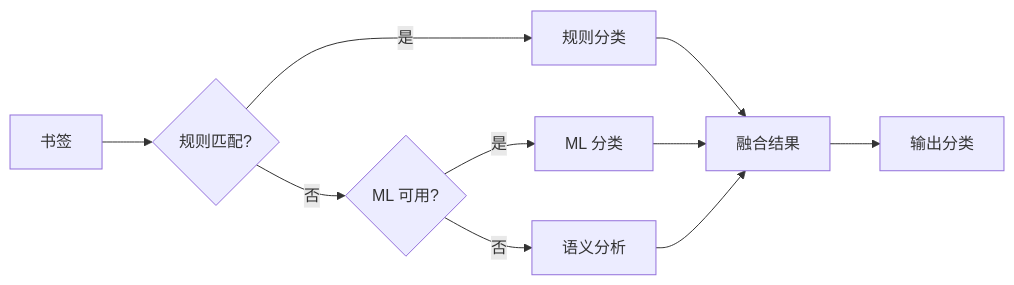
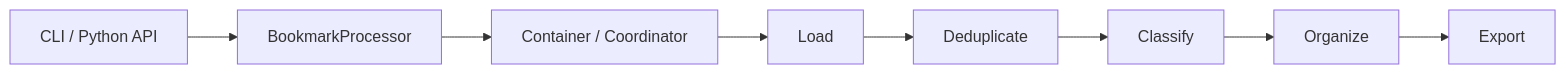
Before and after one commit to build-workbench/bookmarks-cleaner: the diagram in docs/zh/architecture/pipeline.md, drawn with Mermaid. The commit also changed other lines of this file and 17 other files, not shown here.

````diff
--- a/docs/zh/architecture/pipeline.md
+++ b/docs/zh/architecture/pipeline.md
@@ -103,12 +21,10 @@
 ```mermaid
 flowchart LR
-    B[书签] --> R{规则匹配?}
-    R -->|是| RC[规则分类]
-    R -->|否| M{ML 可用?}
-    M -->|是| MC[ML 分类]
-    M -->|否| S[语义分析]
-    RC --> F[融合结果]
-    MC --> F
-    S --> F
-    F --> O[输出分类]
+    A[CLI / Python API] --> B[BookmarkProcessor]
+    B --> C[Container / Coordinator]
+    C --> D[Load]
+    D --> E[Deduplicate]
+    E --> F[Classify]
+    F --> G[Organize]
+    G --> H[Export]
 ```
````
